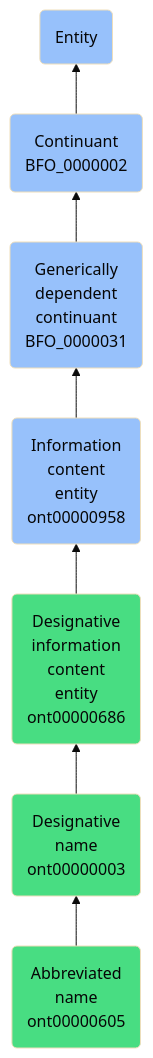
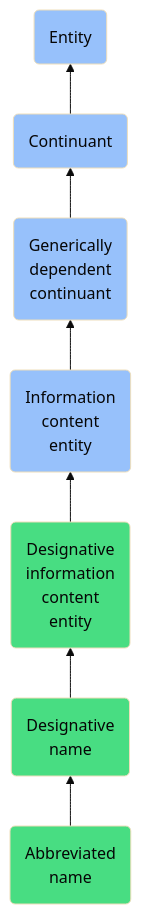
Before and after one commit to jupyter-naas/abi: the diagram in docs/ontology/reference/model/Entity/Continuant/Generically dependent continuant/Information content entity/Designative information content entity/Designative name/Abbreviated name/Abbreviated name.md, drawn with Mermaid (base theme). The commit also changed other lines of this file and 1430 other files, not shown here.

````diff
--- a/docs/ontology/reference/model/Entity/Continuant/Generically dependent continuant/Information content entity/Designative information content entity/Designative name/Abbreviated name/Abbreviated name.md
+++ b/docs/ontology/reference/model/Entity/Continuant/Generically dependent continuant/Information content entity/Designative information content entity/Designative name/Abbreviated name/Abbreviated name.md
@@ -24,14 +24,14 @@
 ```mermaid
 graph BT
-    ont00000605(Abbreviated<br>name<br>ont00000605):::ABI-->ont00000003
-    ont00000003(Designative<br>name<br>ont00000003):::ABI-->ont00000686
-    ont00000686(Designative<br>information<br>content<br>entity<br>ont00000686):::ABI-->ont00000958
-    ont00000958(Information<br>content<br>entity<br>ont00000958):::BFO-->BFO_0000031
-    BFO_0000031(Generically<br>dependent<br>continuant<br>BFO_0000031):::BFO-->BFO_0000002
-    BFO_0000002(Continuant<br>BFO_0000002):::BFO-->BFO_0000001
+    ont00000605(Abbreviated<br>name):::ABI-->ont00000003
+    ont00000003(Designative<br>name):::ABI-->ont00000686
+    ont00000686(Designative<br>information<br>content<br>entity):::ABI-->ont00000958
+    ont00000958(Information<br>content<br>entity):::BFO-->BFO_0000031
+    BFO_0000031(Generically<br>dependent<br>continuant):::BFO-->BFO_0000002
+    BFO_0000002(Continuant):::BFO-->BFO_0000001
     BFO_0000001(Entity):::BFO
     
     classDef BFO fill:#97c1fb,color:#060606
     classDef CCO fill:#e4c51e,color:#060606
     classDef ABI fill:#48DD82,color:#060606
 ```
````
